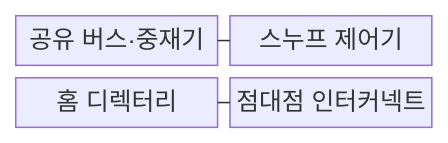
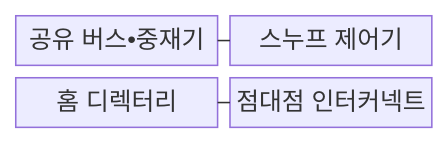
One commit to agnusdei1207/knowledge-base changed the first of 2 diagrams in src/content/docs/notes/02-hardware/015_bus_snooping_directory_coherence.md. Above: the diagram before and after it, drawn with Mermaid. The commit also changed other lines of this file and 953 other files, not shown here.

````diff
--- a/src/content/docs/notes/02-hardware/015_bus_snooping_directory_coherence.md
+++ b/src/content/docs/notes/02-hardware/015_bus_snooping_directory_coherence.md
@@ -70,6 +70,6 @@
 ```mermaid
 block
     columns 2
-    B["공유 버스·중재기"] --- C["스누프 제어기"]
+    B["공유 버스•중재기"] --- C["스누프 제어기"]
     H["홈 디렉터리"] --- N["점대점 인터커넥트"]
 ```
````
